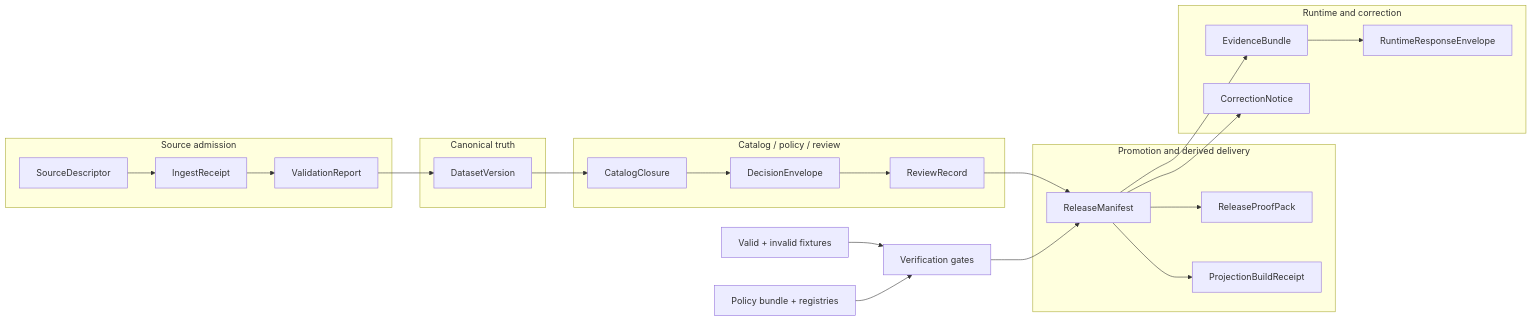
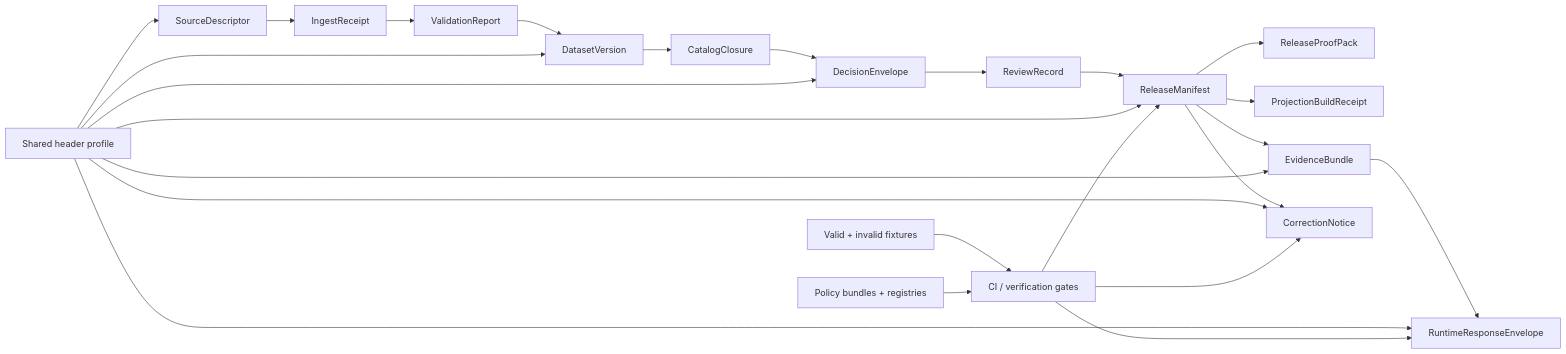
One commit to bartytime4life/Kansas-Frontier-Matrix changed the diagram in schemas/README.md. Above: the diagram before and after it, drawn with Mermaid. The commit also changed other lines of this file, not shown here.

First line of the commit message:
Update README.md with new schema information

````diff
--- a/schemas/README.md
+++ b/schemas/README.md
@@ -285,39 +318,29 @@
 ```mermaid
 flowchart LR
-    subgraph A["Source admission"]
-        SD[SourceDescriptor]
-        IR[IngestReceipt]
-        VR[ValidationReport]
-    end
+    A[SourceDescriptor] --> B[IngestReceipt]
+    B --> C[ValidationReport]
+    C --> D[DatasetVersion]
+    D --> E[CatalogClosure]
+    E --> F[DecisionEnvelope]
+    F --> G[ReviewRecord]
+    G --> H[ReleaseManifest]
+    H --> I[ReleaseProofPack]
+    H --> J[ProjectionBuildReceipt]
+    H --> K[EvidenceBundle]
+    K --> L[RuntimeResponseEnvelope]
+    H --> M[CorrectionNotice]
 
-    subgraph B["Canonical truth"]
-        DV[DatasetVersion]
-    end
+    N[Shared header profile] --> A
+    N --> D
+    N --> F
+    N --> H
+    N --> K
+    N --> L
+    N --> M
 
-    subgraph C["Catalog / policy / review"]
-        CC[CatalogClosure]
-        DE[DecisionEnvelope]
-        RR[ReviewRecord]
-    end
-
-    subgraph D["Promotion and derived delivery"]
-        RM[ReleaseManifest]
-        RPP[ReleaseProofPack]
-        PBR[ProjectionBuildReceipt]
-    end
-
-    subgraph E["Runtime and correction"]
-        EB[EvidenceBundle]
-        RRE[RuntimeResponseEnvelope]
-        CN[CorrectionNotice]
-    end
-
-    SD --> IR --> VR --> DV --> CC --> DE --> RR --> RM --> RPP
-    RM --> PBR
-    RM --> EB --> RRE
-    RM --> CN
-
-    F[Valid + invalid fixtures] --> G[Verification gates]
-    P[Policy bundle + registries] --> G
-    G --> RM
+    O[Valid + invalid fixtures] --> P[CI / verification gates]
+    Q[Policy bundles + registries] --> P
+    P --> H
+    P --> L
+    P --> M
 ```
````
